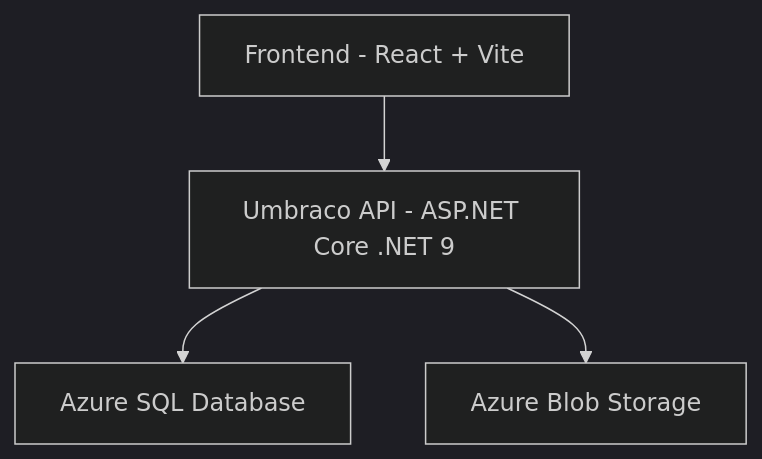
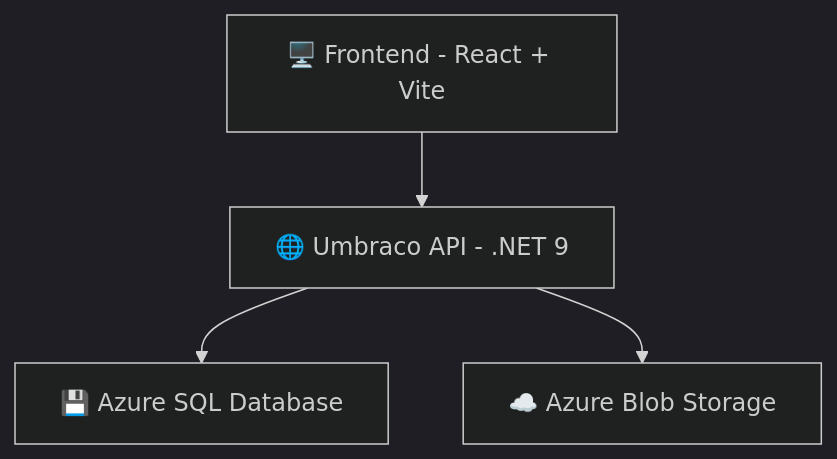
Before and after one commit to filip-io/Portfolio-Umbraco-React: the diagram in README.md, drawn with Mermaid (dark theme). The commit also changed other lines of this file and 1 other file, not shown here.

Commit message:
Update README and add projects exclusions

````diff
--- a/README.md
+++ b/README.md
@@ -99,6 +99,6 @@
 ```mermaid
 flowchart TD
-    A[Frontend - React + Vite] --> B[Umbraco API - ASP.NET Core .NET 9]
-    B --> C[Azure SQL Database]
-    B --> D[Azure Blob Storage]
+    A[🖥️ Frontend - React + Vite] --> B[🌐 Umbraco API - .NET 9]
+    B --> C[💾 Azure SQL Database]
+    B --> D[☁️ Azure Blob Storage]
 ```
````
